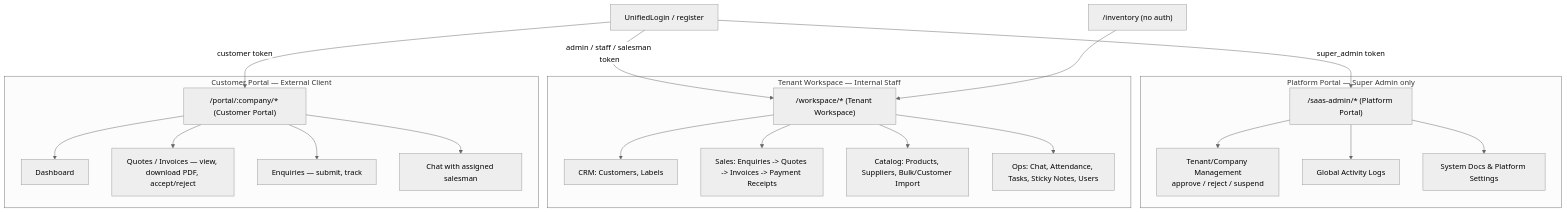
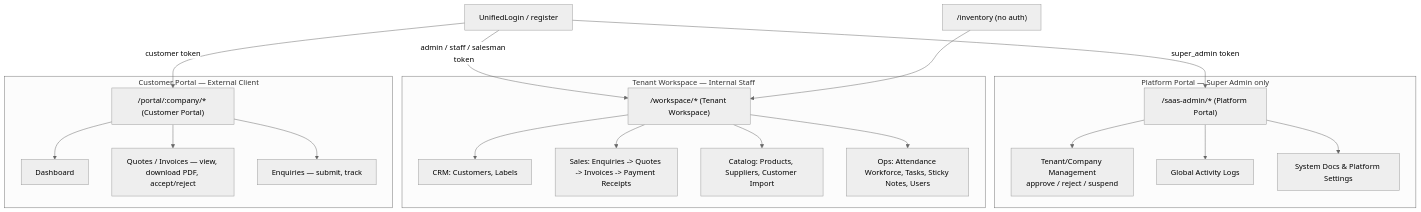
One commit to teklito-uae/zeronix-portal changed the second of 7 diagrams in ARCHITECTURE.md. Above: the diagram before and after it, drawn with Mermaid (neutral theme). The commit also changed other lines of this file and 45 other files, not shown here.

````diff
--- a/ARCHITECTURE.md
+++ b/ARCHITECTURE.md
@@ -58,27 +55,26 @@
 ```mermaid
 graph TD
     A[UnifiedLogin / register] -->|super_admin token| B["/saas-admin/* (Platform Portal)"]
     A -->|admin / staff / salesman token| C["/workspace/* (Tenant Workspace)"]
     A -->|customer token| D["/portal/:company/* (Customer Portal)"]
     P["/inventory (no auth)"] --> C
 
     subgraph "Platform Portal — Super Admin only"
         B --> B1[Tenant/Company Management\napprove / reject / suspend]
         B --> B2[Global Activity Logs]
         B --> B3[System Docs & Platform Settings]
     end
 
     subgraph "Tenant Workspace — Internal Staff"
         C --> C1[CRM: Customers, Labels]
         C --> C2[Sales: Enquiries -> Quotes -> Invoices -> Payment Receipts]
-        C --> C3[Catalog: Products, Suppliers, Bulk/Customer Import]
-        C --> C4[Ops: Chat, Attendance, Tasks, Sticky Notes, Users]
+        C --> C3[Catalog: Products, Suppliers, Customer Import]
+        C --> C4[Ops: Attendance Workforce, Tasks, Sticky Notes, Users]
     end
 
     subgraph "Customer Portal — External Client"
         D --> D1[Dashboard]
         D --> D2[Quotes / Invoices — view, download PDF, accept/reject]
         D --> D3[Enquiries — submit, track]
-        D --> D4[Chat with assigned salesman]
     end
 ```
````
